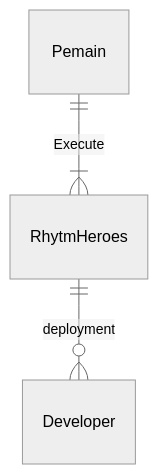
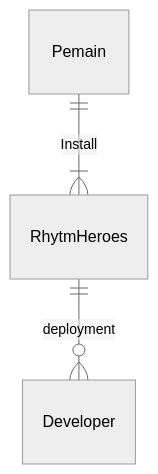
Before and after one commit to Munbumn/UTS: the first of 2 diagrams in README.md, drawn with Mermaid (neutral theme).

````diff
--- a/README.md
+++ b/README.md
@@ -52,5 +52,5 @@
 ```mermaid
 erDiagram
     RhytmHeroes ||--o{ Developer : deployment
-    Pemain ||--|{ RhytmHeroes : Execute
+    Pemain ||--|{ RhytmHeroes : Install
 ```
````
